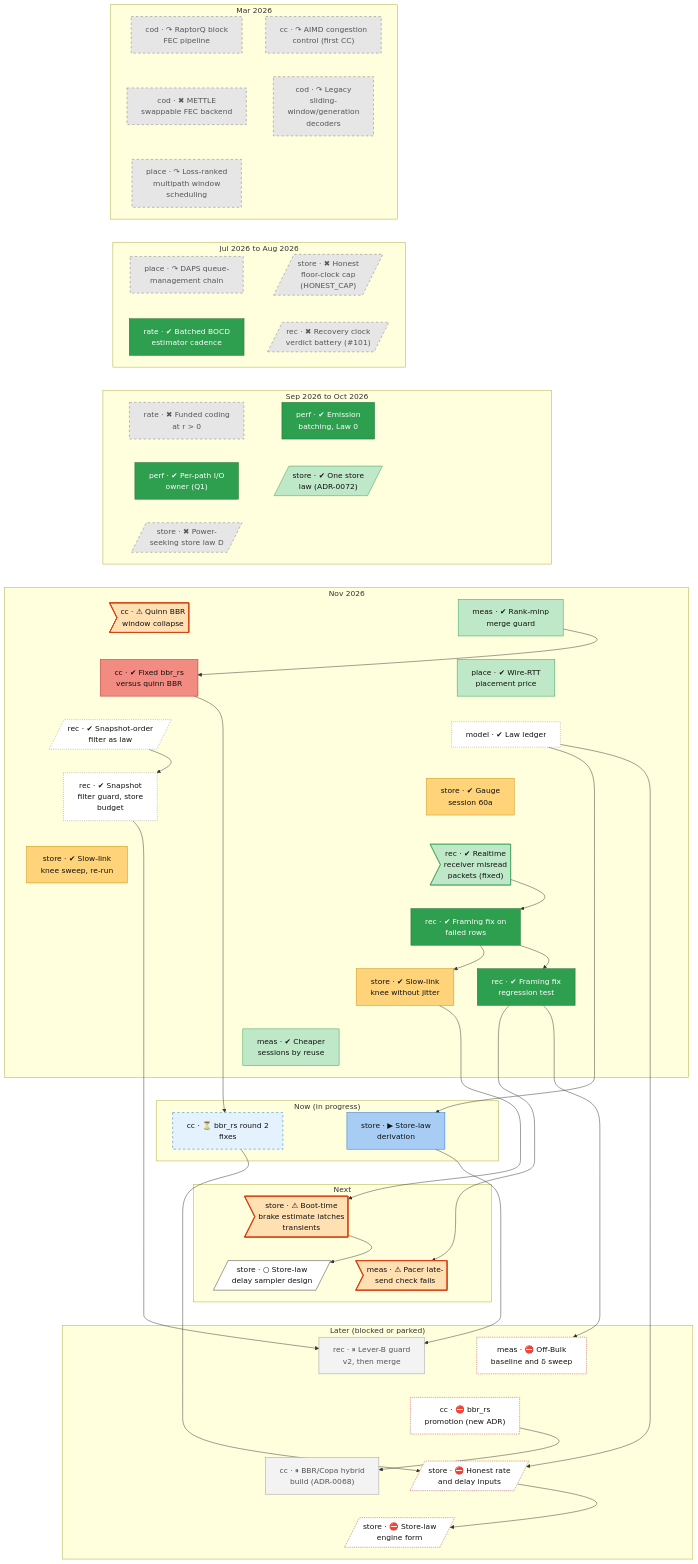
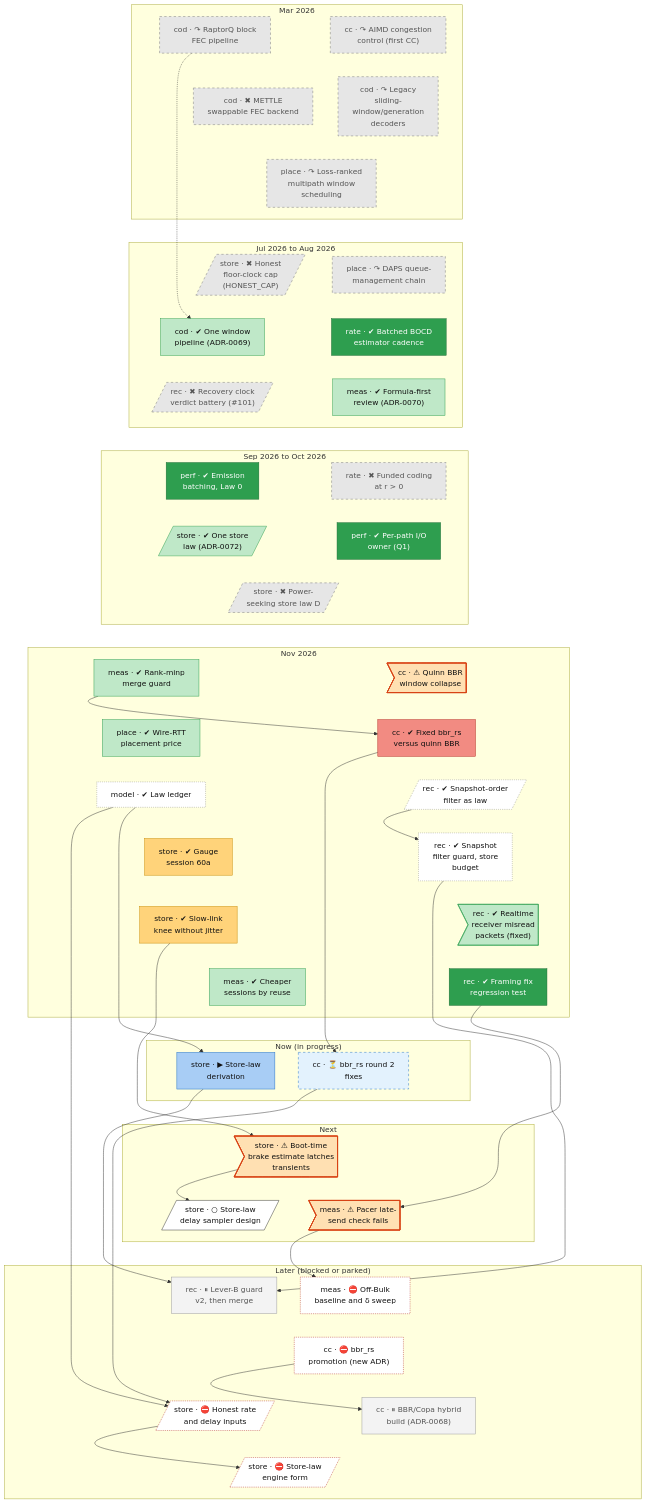
The second of 2 diagrams in docs/roadmap.md (lhns/raptorpath), drawn with Mermaid before and after one commit. The commit also changed other lines of this file and 5 other files, not shown here.

First line of the commit message:
roadmap: completeness fixes - central claims back on the overview, jitter-free sweep hangs off the slow-link re-run, knee re-derivation closed and replaced by the sampler design, the pacer finding gates the off-Bulk session, owner calls 11-15 as nodes, the delay-lean read done

```diff
--- a/docs/roadmap.md
+++ b/docs/roadmap.md
@@ -108,6 +108,8 @@
         place_daps["place · ↷ DAPS queue-<br/>management chain"]
         store_honest_cap_family[/"store · ✖ Honest<br/>floor-clock cap<br/>(HONEST_CAP)"/]
         rate_est_cadence["rate · ✔ Batched BOCD<br/>estimator cadence"]
+        cod_one_pipeline["cod · ✔ One window<br/>pipeline (ADR-0069)"]
+        meas_formula_first["meas · ✔ Formula-first<br/>review (ADR-0070)"]
         rec_goal101[/"rec · ✖ Recovery clock<br/>verdict battery (#35;101)"/]
     end
     subgraph bd_2["Sep 2026 to Oct 2026"]
@@ -126,9 +128,7 @@
         model_law_ledger["model · ✔ Law ledger"]
         rec_s54_session["rec · ✔ Snapshot<br/>filter guard, store<br/>budget"]
         store_s60a["store · ✔ Gauge<br/>session 60a"]
-        store_s61a_rerun["store · ✔ Slow-link<br/>knee sweep, re-run"]
         rec_defect_realtime_framing>"rec · ✔ Realtime<br/>receiver misread<br/>packets (fixed)"]
-        rec_s63_f2_first_contact["rec · ✔ Framing fix on<br/>failed rows"]
         store_s62_j0["store · ✔ Slow-link<br/>knee without jitter"]
         rec_f2_merge_guard["rec · ✔ Framing fix<br/>regression test"]
         meas_harness_reuse["meas · ✔ Cheaper<br/>sessions by reuse"]
@@ -157,8 +157,10 @@
     place_early_window_sched ~~~ place_daps
     place_early_window_sched ~~~ store_honest_cap_family
     place_daps ~~~ rate_est_cadence
-    store_honest_cap_family ~~~ rec_goal101
-    rate_est_cadence ~~~ rate_r_battery
+    store_honest_cap_family ~~~ cod_one_pipeline
+    rate_est_cadence ~~~ meas_formula_first
+    cod_one_pipeline ~~~ rec_goal101
+    meas_formula_first ~~~ rate_r_battery
     rec_goal101 ~~~ perf_emit_batch_law0
     rate_r_battery ~~~ perf_io_owner
     perf_emit_batch_law0 ~~~ store_adr72_one_law
@@ -172,15 +174,11 @@
     place_wire_price ~~~ model_law_ledger
     rec_snapver_law ~~~ rec_s54_session
     model_law_ledger ~~~ store_s60a
-    rec_s54_session ~~~ store_s61a_rerun
-    store_s60a ~~~ rec_defect_realtime_framing
-    store_s61a_rerun ~~~ rec_s63_f2_first_contact
-    rec_defect_realtime_framing ~~~ rec_s63_f2_first_contact
-    rec_s63_f2_first_contact ~~~ store_s62_j0
-    rec_s63_f2_first_contact ~~~ rec_f2_merge_guard
+    rec_s54_session ~~~ rec_defect_realtime_framing
+    store_s60a ~~~ store_s62_j0
+    rec_defect_realtime_framing ~~~ rec_f2_merge_guard
     store_s62_j0 ~~~ meas_harness_reuse
-    rec_f2_merge_guard ~~~ meas_harness_reuse
-    meas_harness_reuse ~~~ cc_bbrrs_r2
+    rec_f2_merge_guard ~~~ cc_bbrrs_r2
     meas_harness_reuse ~~~ store_law_derivation
     cc_bbrrs_r2 ~~~ store_defect_b0p_brake
     store_law_derivation ~~~ store_defect_b0p_brake
@@ -194,11 +192,9 @@
     cc_bbrrs_promote ~~~ store_fix_maxbw_minrtt
     cc_hybrid ~~~ store_engine_form_impl
     store_fix_maxbw_minrtt ~~~ store_engine_form_impl
+    cod_block_pipeline -.-> cod_one_pipeline
     meas_guard_41c --> cc_bbrrs_r1
     rec_snapver_law --> rec_s54_session
-    rec_defect_realtime_framing --> rec_s63_f2_first_contact
-    rec_s63_f2_first_contact --> store_s62_j0
-    rec_s63_f2_first_contact --> rec_f2_merge_guard
     cc_bbrrs_r1 --> cc_bbrrs_r2
     model_law_ledger --> store_law_derivation
     store_s62_j0 --> store_defect_b0p_brake
@@ -206,7 +202,7 @@
     rec_f2_merge_guard --> meas_blocke_pacing_gate
     rec_s54_session --> rec_leverb_guard
     store_law_derivation --> rec_leverb_guard
-    rec_f2_merge_guard --> meas_s51_session
+    meas_blocke_pacing_gate --> meas_s51_session
     cc_bbrrs_promote --> cc_hybrid
     model_law_ledger --> store_fix_maxbw_minrtt
     cc_bbrrs_r2 --> store_fix_maxbw_minrtt
@@ -225,11 +221,11 @@
     classDef defect fill:#ffe0b2,stroke:#d84315,stroke-width:2px,color:#111
     classDef waiting fill:#e3f2fd,stroke:#1f6fc5,stroke-dasharray:5 5,color:#111
     class cod_block_pipeline,cod_mettle,cod_legacy_rlc,rec_goal101,rate_r_battery,store_honest_cap_family,store_power_law,place_daps,cc_aimd_v1,place_early_window_sched dead
+    class cod_one_pipeline,store_adr72_one_law,meas_harness_reuse,rec_defect_realtime_framing,place_wire_price,meas_formula_first,meas_guard_41c succ
     class rec_snapver_law,model_law_ledger,rec_s54_session unrated
-    class rate_est_cadence,rec_s63_f2_first_contact,rec_f2_merge_guard,perf_emit_batch_law0,perf_io_owner vsucc
-    class store_adr72_one_law,meas_harness_reuse,rec_defect_realtime_framing,place_wire_price,meas_guard_41c succ
+    class rate_est_cadence,rec_f2_merge_guard,perf_emit_batch_law0,perf_io_owner vsucc
     class store_law_derivation inprog
-    class store_s60a,store_s61a_rerun,store_s62_j0 mixed
+    class store_s60a,store_s62_j0 mixed
     class store_defect_b0p_brake,meas_blocke_pacing_gate,cc_quinn_bbr_collapse defect
     class store_sampler_design next
     class cc_bbrrs_r1 bad
```
